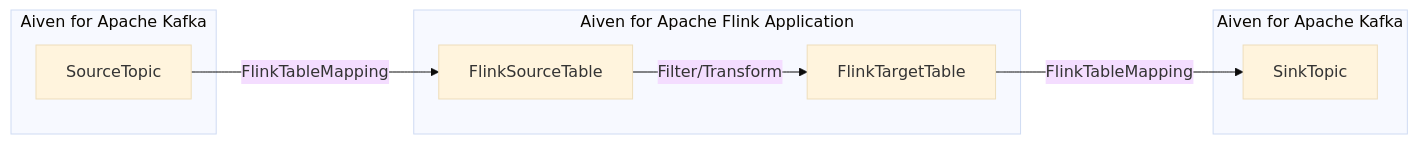
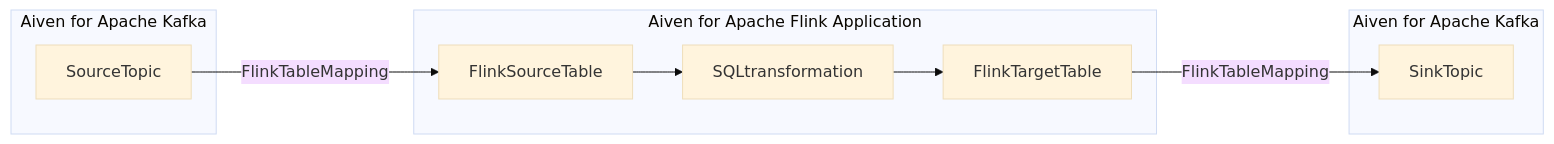
One commit to aiven/devportal changed the diagram in docs/tools/terraform/reference/cookbook/kafka-flink-integration-recipe.rst. Above: the diagram before and after it, drawn with Mermaid (base theme). The commit also changed other lines of this file, not shown here.

```diff
--- a/docs/tools/terraform/reference/cookbook/kafka-flink-integration-recipe.rst
+++ b/docs/tools/terraform/reference/cookbook/kafka-flink-integration-recipe.rst
@@ -13,13 +13,14 @@
 .. mermaid::
 
    flowchart LR
       subgraph Aiven for Apache Kafka
       SourceTopic
       end
       subgraph Aiven for Apache Flink Application
       SourceTopic-->|FlinkTableMapping|FlinkSourceTable
-      FlinkSourceTable-->|Filter/Transform|FlinkTargetTable
+      FlinkSourceTable --> SQLtransformation
+      SQLtransformation --> FlinkTargetTable
       end
       subgraph Aiven for Apache Kafka
       FlinkTargetTable-->|FlinkTableMapping|SinkTopic
       end
```
